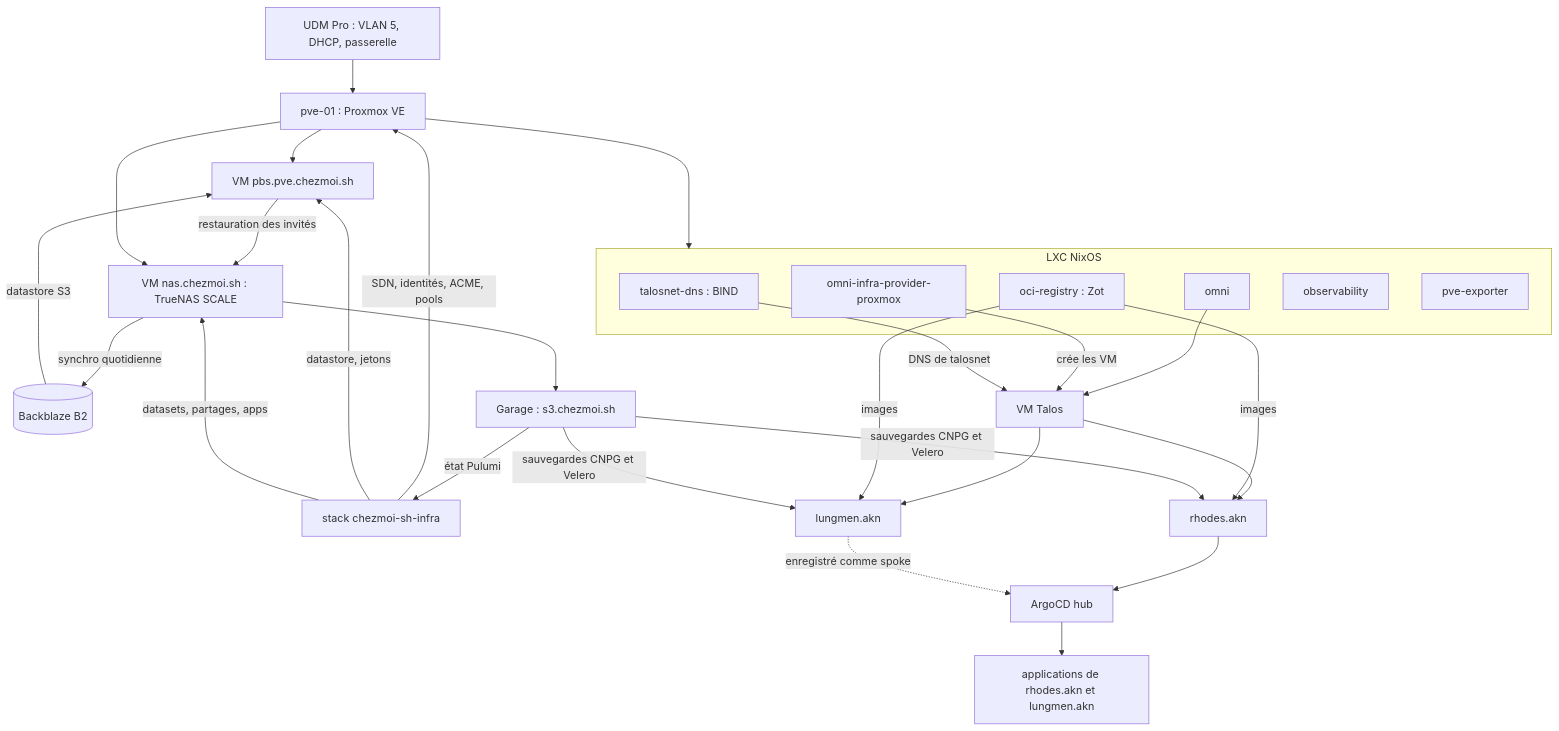
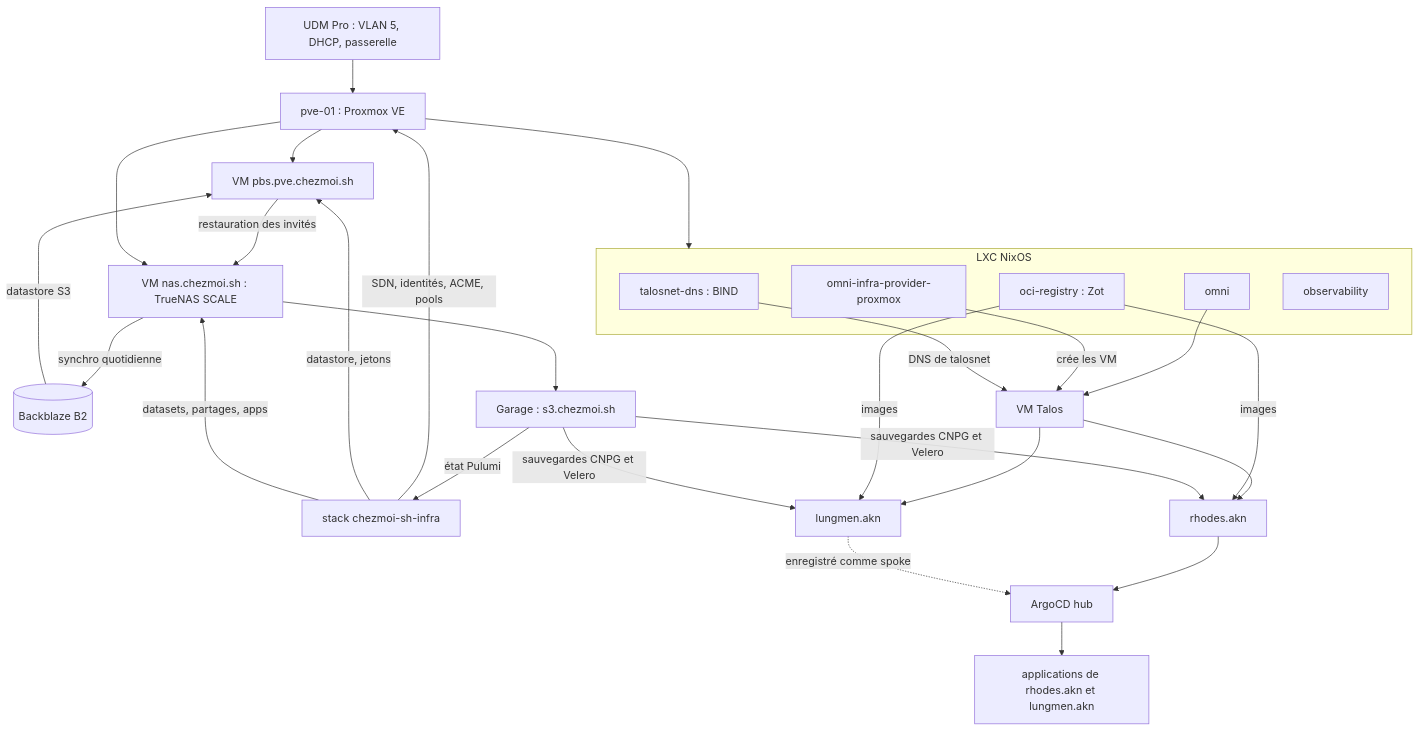
The first of 2 diagrams in docs/plan-de-reprise/brouillon/Plan-de-Reprise-apres-Sinistre.md (chezmoidotsh/arcane), drawn with Mermaid before and after one commit. The commit also changed other lines of this file and 11 other files, not shown here.

````diff
--- a/docs/plan-de-reprise/brouillon/Plan-de-Reprise-apres-Sinistre.md
+++ b/docs/plan-de-reprise/brouillon/Plan-de-Reprise-apres-Sinistre.md
@@ -35,35 +35,34 @@
 ```mermaid
 flowchart TD
   UNIFI["UDM Pro : VLAN 5, DHCP, passerelle"] --> PVE["pve-01 : Proxmox VE"]
   PVE --> PBS["VM pbs.pve.chezmoi.sh"]
   B2[("Backblaze B2")] -->|"datastore S3"| PBS
   PBS -->|"restauration des invités"| NAS
   PVE --> NAS["VM nas.chezmoi.sh : TrueNAS SCALE"]
   NAS --> GARAGE["Garage : s3.chezmoi.sh"]
   NAS -->|"synchro quotidienne"| B2
   GARAGE -->|"état Pulumi"| PULUMI["stack chezmoi-sh-infra"]
   PULUMI -->|"SDN, identités, ACME, pools"| PVE
   PULUMI -->|"datastore, jetons"| PBS
   PULUMI -->|"datasets, partages, apps"| NAS
   PVE --> LXC
   subgraph LXC["LXC NixOS"]
     DNS["talosnet-dns : BIND"]
     ZOT["oci-registry : Zot"]
     OMNI["omni"]
     PROV["omni-infra-provider-proxmox"]
     O11Y["observability"]
-    EXP["pve-exporter"]
   end
   OMNI --> TALOS["VM Talos"]
   PROV -->|"crée les VM"| TALOS
   DNS -->|"DNS de talosnet"| TALOS
   TALOS --> RHODES["rhodes.akn"]
   TALOS --> LUNGMEN["lungmen.akn"]
   ZOT -->|"images"| RHODES
   ZOT -->|"images"| LUNGMEN
   GARAGE -->|"sauvegardes CNPG et Velero"| RHODES
   GARAGE -->|"sauvegardes CNPG et Velero"| LUNGMEN
   RHODES --> ARGO["ArgoCD hub"]
   ARGO --> APPS["applications de rhodes.akn et lungmen.akn"]
   LUNGMEN -.->|"enregistré comme spoke"| ARGO
 ```
````
